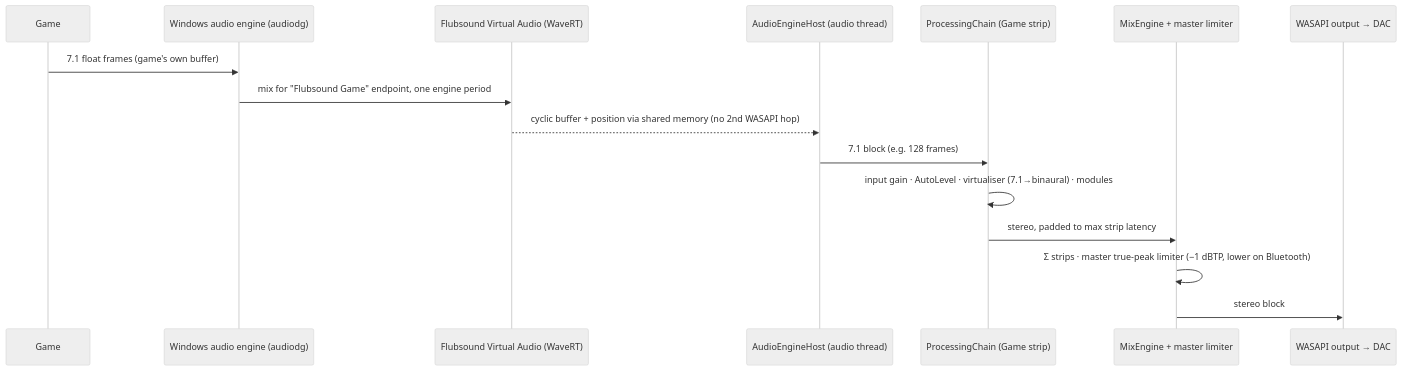
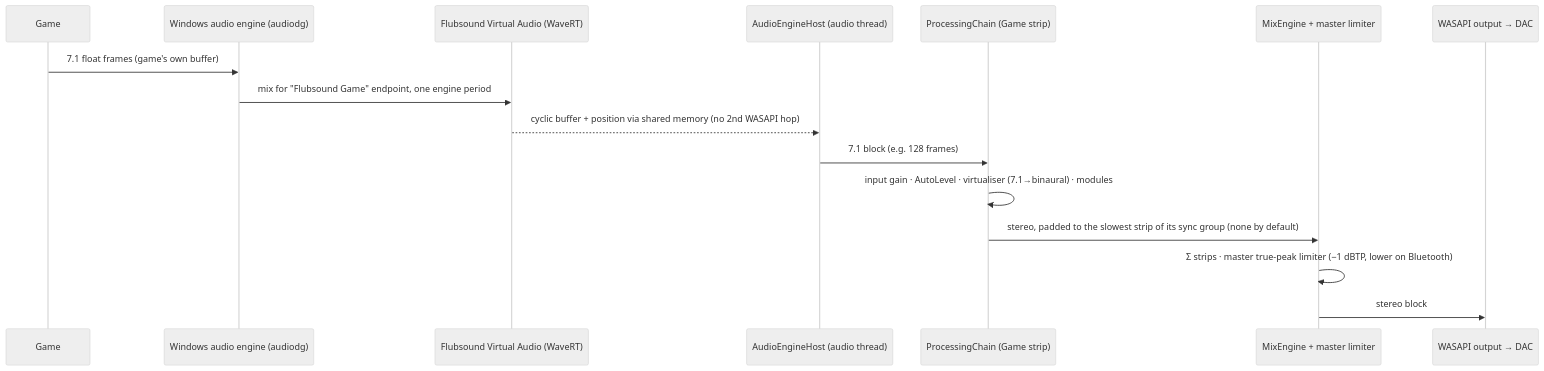
The third of 4 diagrams in docs/01-architecture.md (flubydooby-creator/Flubsound), drawn with Mermaid (neutral theme) before and after one commit. The commit also changed other lines of this file and 17 other files, not shown here.

````diff
--- a/docs/01-architecture.md
+++ b/docs/01-architecture.md
@@ -158,19 +158,19 @@
 ```mermaid
 sequenceDiagram
     participant Game
     participant AE as Windows audio engine (audiodg)
     participant Drv as Flubsound Virtual Audio (WaveRT)
     participant Host as AudioEngineHost (audio thread)
     participant Strip as ProcessingChain (Game strip)
     participant Mix as MixEngine + master limiter
     participant Out as WASAPI output → DAC
 
     Game->>AE: 7.1 float frames (game's own buffer)
     AE->>Drv: mix for "Flubsound Game" endpoint, one engine period
     Drv-->>Host: cyclic buffer + position via shared memory (no 2nd WASAPI hop)
     Host->>Strip: 7.1 block (e.g. 128 frames)
     Strip->>Strip: input gain · AutoLevel · virtualiser (7.1→binaural) · modules
-    Strip->>Mix: stereo, padded to max strip latency
+    Strip->>Mix: stereo, padded to the slowest strip of its sync group (none by default)
     Mix->>Mix: Σ strips · master true-peak limiter (−1 dBTP, lower on Bluetooth)
     Mix->>Out: stereo block
 ```
````
